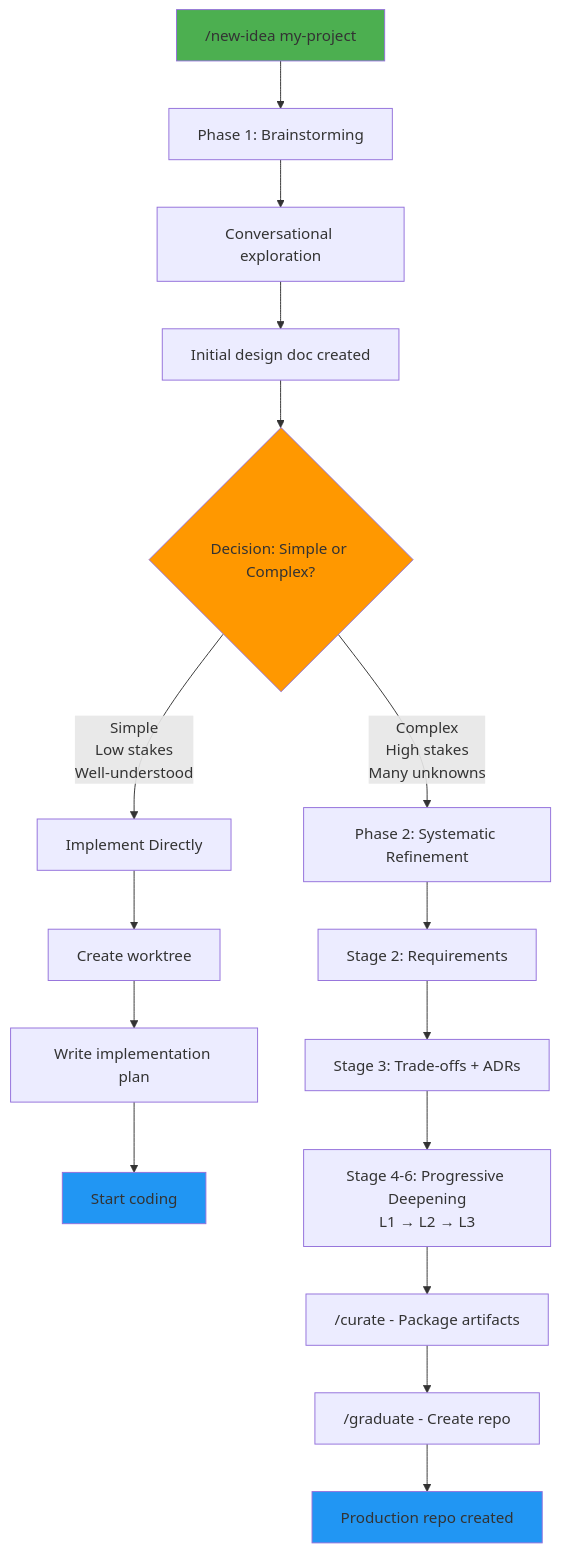
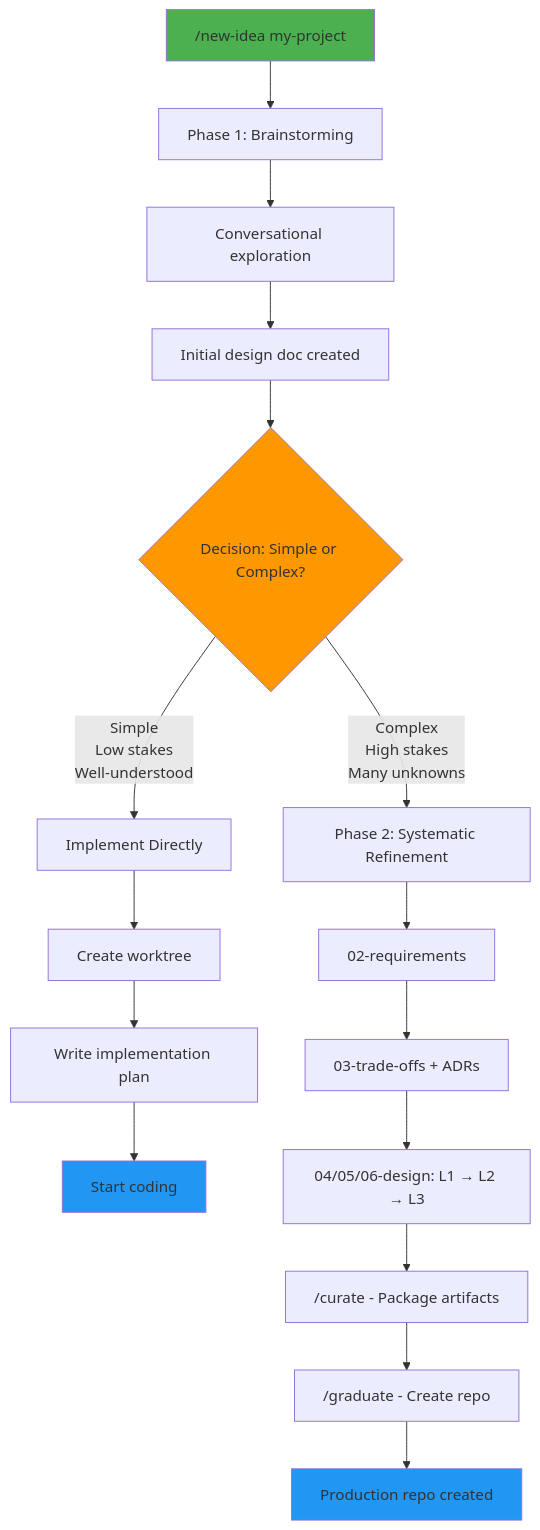
Before and after one commit to shakilbd009/ai-refinery: the diagram in claude.md, drawn with Mermaid. The commit also changed other lines of this file and 71 other files, not shown here.

````diff
--- a/claude.md
+++ b/claude.md
@@ -63,25 +63,25 @@
 ```mermaid
 graph TD
     A["/new-idea my-project"] --> B["Phase 1: Brainstorming"]
     B --> C["Conversational exploration"]
     C --> D["Initial design doc created"]
     D --> E{"Decision: Simple or Complex?"}
 
     E -->|"Simple<br/>Low stakes<br/>Well-understood"| F["Implement Directly"]
     F --> G["Create worktree"]
     G --> H["Write implementation plan"]
     H --> I["Start coding"]
 
     E -->|"Complex<br/>High stakes<br/>Many unknowns"| J["Phase 2: Systematic Refinement"]
-    J --> K["Stage 2: Requirements"]
-    K --> L["Stage 3: Trade-offs + ADRs"]
-    L --> M["Stage 4-6: Progressive Deepening<br/>L1 → L2 → L3"]
+    J --> K["02-requirements"]
+    K --> L["03-trade-offs + ADRs"]
+    L --> M["04/05/06-design: L1 → L2 → L3"]
     M --> N["/curate - Package artifacts"]
     N --> O["/graduate - Create repo"]
     O --> P["Production repo created"]
 
     style A fill:#4CAF50
     style E fill:#FF9800
     style I fill:#2196F3
     style P fill:#2196F3
 ```
````
